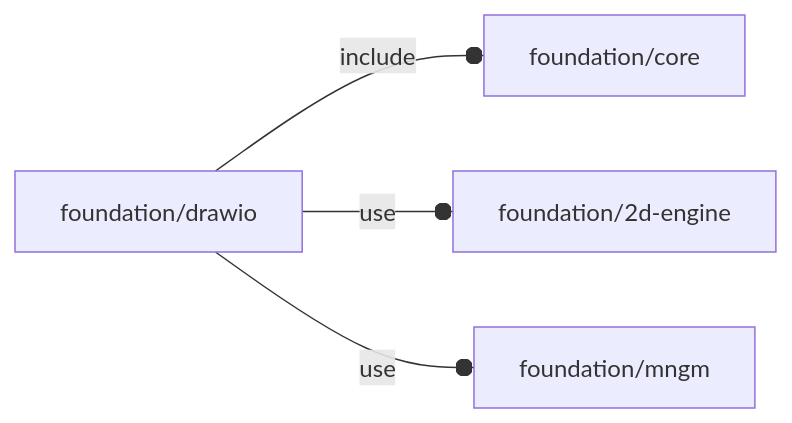
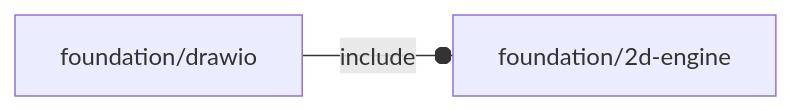
The diagram in orthodocs/foundation/drawio.md (ggabbiani/OFL), drawn with Mermaid before and after one commit. The commit also changed 26 other files, not shown here.

````diff
--- a/orthodocs/foundation/drawio.md
+++ b/orthodocs/foundation/drawio.md
@@ -5,6 +5,4 @@
 ```mermaid
 graph LR
-    A1[foundation/drawio] --o|include| A2[foundation/core]
-    A1 --o|use| A3[foundation/2d-engine]
-    A1 --o|use| A4[foundation/mngm]
+    A1[foundation/drawio] --o|include| A2[foundation/2d-engine]
 ```
````
